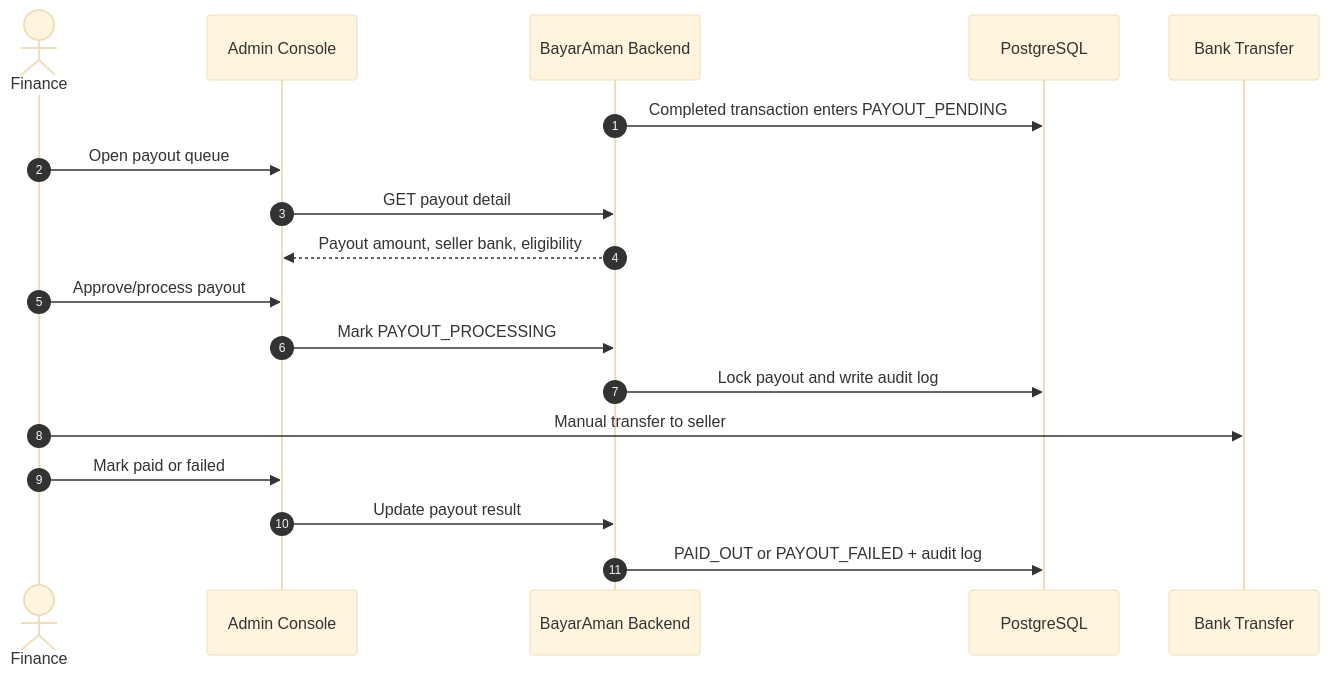
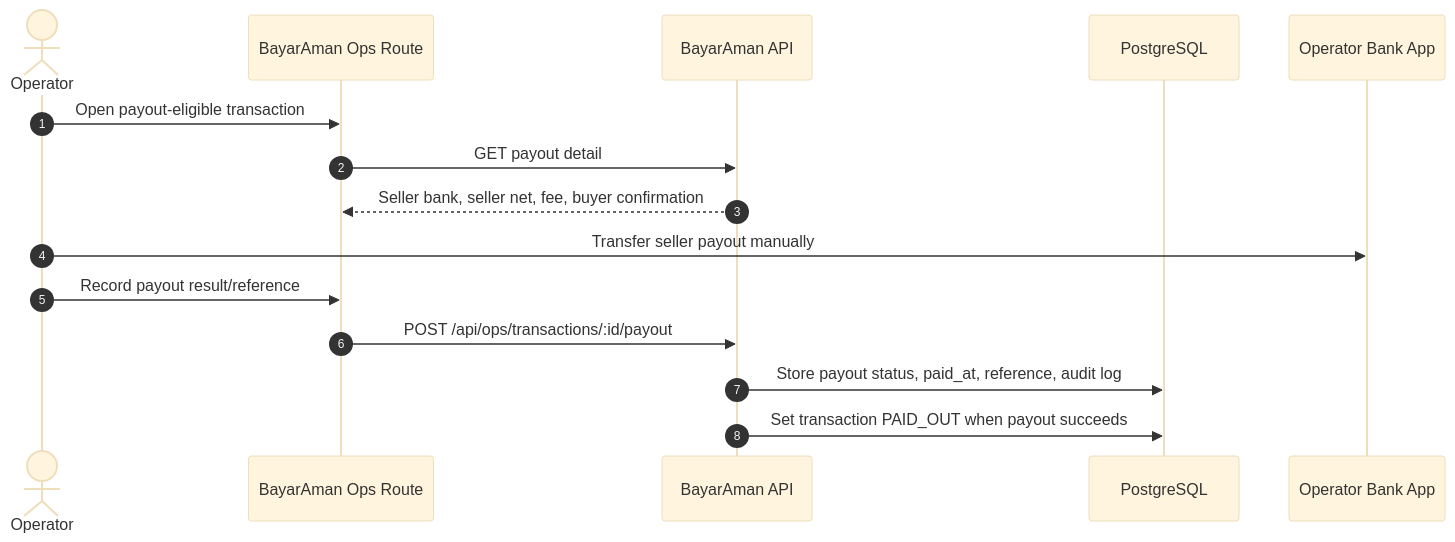
One commit to nunutech40/bayaraman changed the eighth of 9 diagrams in TRD.md. Above: the diagram before and after it, drawn with Mermaid (base theme). The commit also changed other lines of this file and 7 other files, not shown here.

Commit message:
Update manual rekber flow prototype

````diff
--- a/TRD.md
+++ b/TRD.md
@@ -183,21 +222,18 @@
 ```mermaid
 sequenceDiagram
   autonumber
-  actor Finance
-  participant Web as Admin Console
-  participant API as BayarAman Backend
+  actor Operator
+  participant Web as BayarAman Ops Route
+  participant API as BayarAman API
   participant DB as PostgreSQL
-  participant Bank as Bank Transfer
+  participant Bank as Operator Bank App
 
-  API->>DB: Completed transaction enters PAYOUT_PENDING
-  Finance->>Web: Open payout queue
+  Operator->>Web: Open payout-eligible transaction
   Web->>API: GET payout detail
-  API-->>Web: Payout amount, seller bank, eligibility
-  Finance->>Web: Approve/process payout
-  Web->>API: Mark PAYOUT_PROCESSING
-  API->>DB: Lock payout and write audit log
-  Finance->>Bank: Manual transfer to seller
-  Finance->>Web: Mark paid or failed
-  Web->>API: Update payout result
-  API->>DB: PAID_OUT or PAYOUT_FAILED + audit log
+  API-->>Web: Seller bank, seller net, fee, buyer confirmation
+  Operator->>Bank: Transfer seller payout manually
+  Operator->>Web: Record payout result/reference
+  Web->>API: POST /api/ops/transactions/:id/payout
+  API->>DB: Store payout status, paid_at, reference, audit log
+  API->>DB: Set transaction PAID_OUT when payout succeeds
 ```
````
